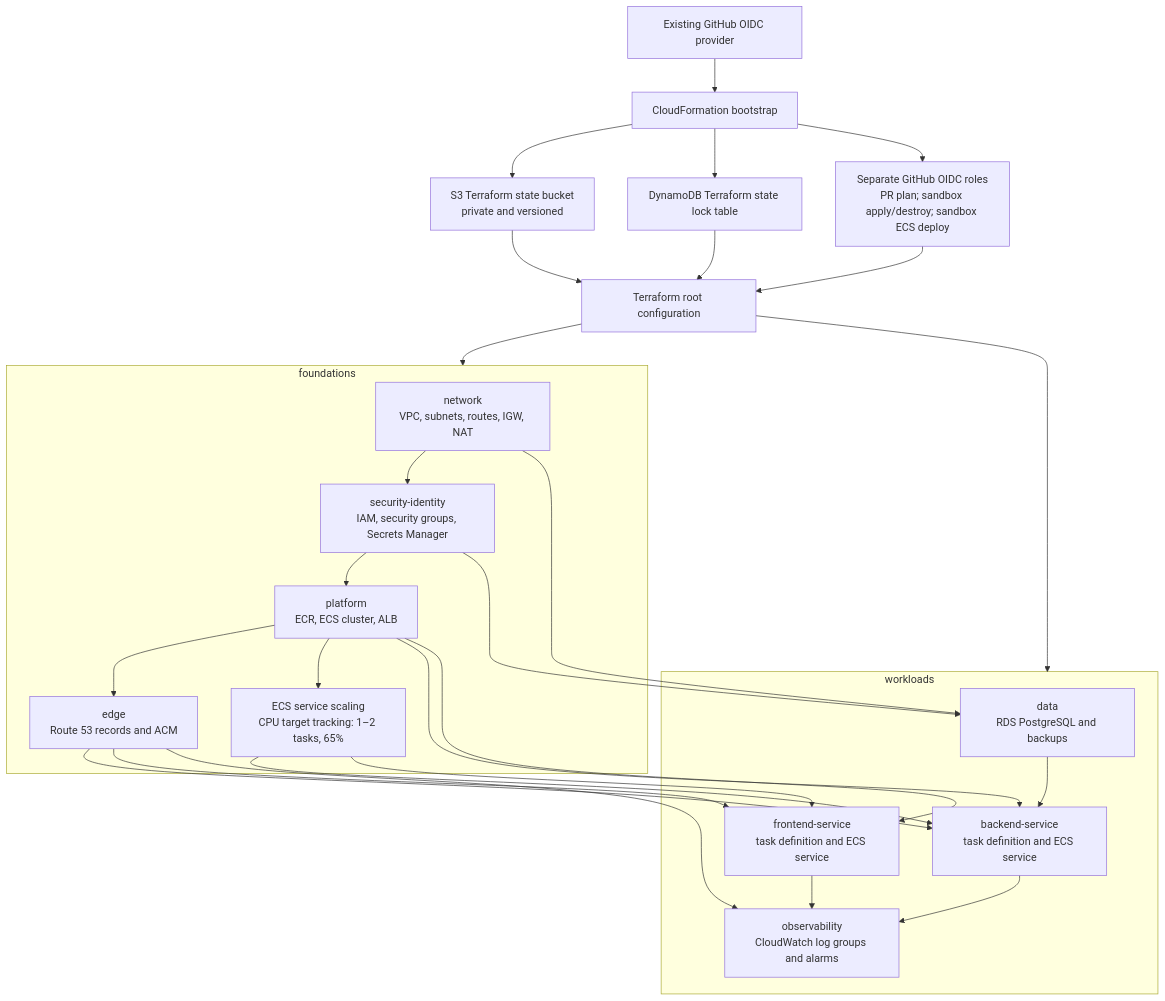
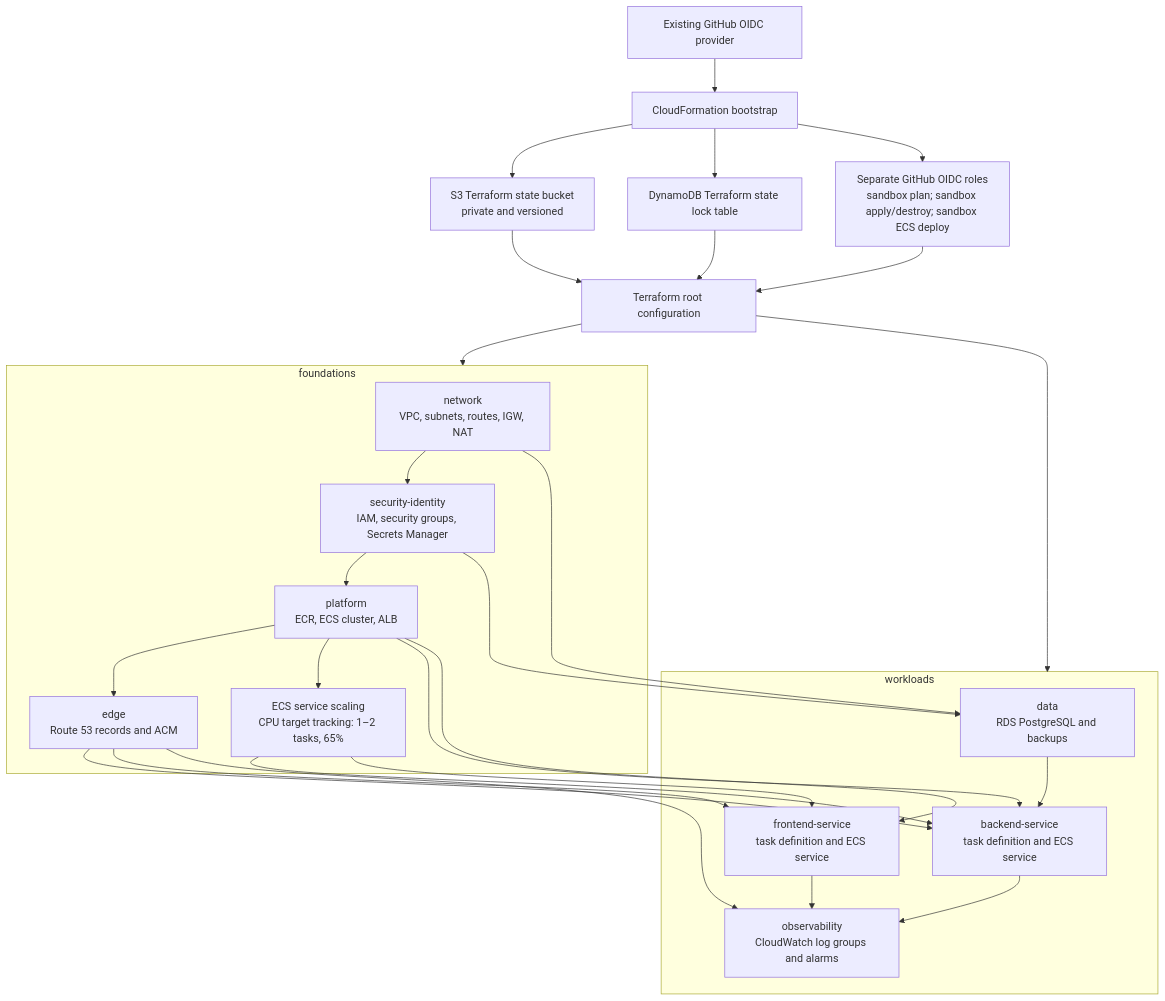
One commit to afaryy/happy-post changed the diagram in docs/diagrams/terraform.mmd. Above: the diagram before and after it, drawn with Mermaid. The commit also changed 18 other files, not shown here.

```diff
--- a/docs/diagrams/terraform.mmd
+++ b/docs/diagrams/terraform.mmd
@@ -1,43 +1,43 @@
 flowchart TB
     oidc[Existing GitHub OIDC provider] --> bootstrap[CloudFormation bootstrap]
     bootstrap --> state[S3 Terraform state bucket<br/>private and versioned]
     bootstrap --> lock[DynamoDB Terraform state lock table]
-    bootstrap --> roles[Separate GitHub OIDC roles<br/>PR plan; sandbox apply/destroy; sandbox ECS deploy]
+    bootstrap --> roles[Separate GitHub OIDC roles<br/>sandbox plan; sandbox apply/destroy; sandbox ECS deploy]
 
     state --> root[Terraform root configuration]
     lock --> root
     roles --> root
     root --> foundations[Foundations]
     root --> workloads[Workload stacks]
 
     subgraph foundations
         network[network<br/>VPC, subnets, routes, IGW, NAT]
         identity[security-identity<br/>IAM, security groups, Secrets Manager]
         platform[platform<br/>ECR, ECS cluster, ALB]
         scaling[ECS service scaling<br/>CPU target tracking: 1–2 tasks, 65%]
         edge[edge<br/>Route 53 records and ACM]
     end
 
     subgraph workloads
         data[data<br/>RDS PostgreSQL and backups]
         backend[backend-service<br/>task definition and ECS service]
         frontend[frontend-service<br/>task definition and ECS service]
         observability[observability<br/>CloudWatch log groups and alarms]
     end
 
     network --> identity
     identity --> platform
     platform --> edge
     platform --> scaling
     network --> data
     identity --> data
     platform --> backend
     scaling --> backend
     edge --> backend
     data --> backend
     platform --> frontend
     scaling --> frontend
     edge --> frontend
     edge --> observability
     backend --> observability
     frontend --> observability
```
